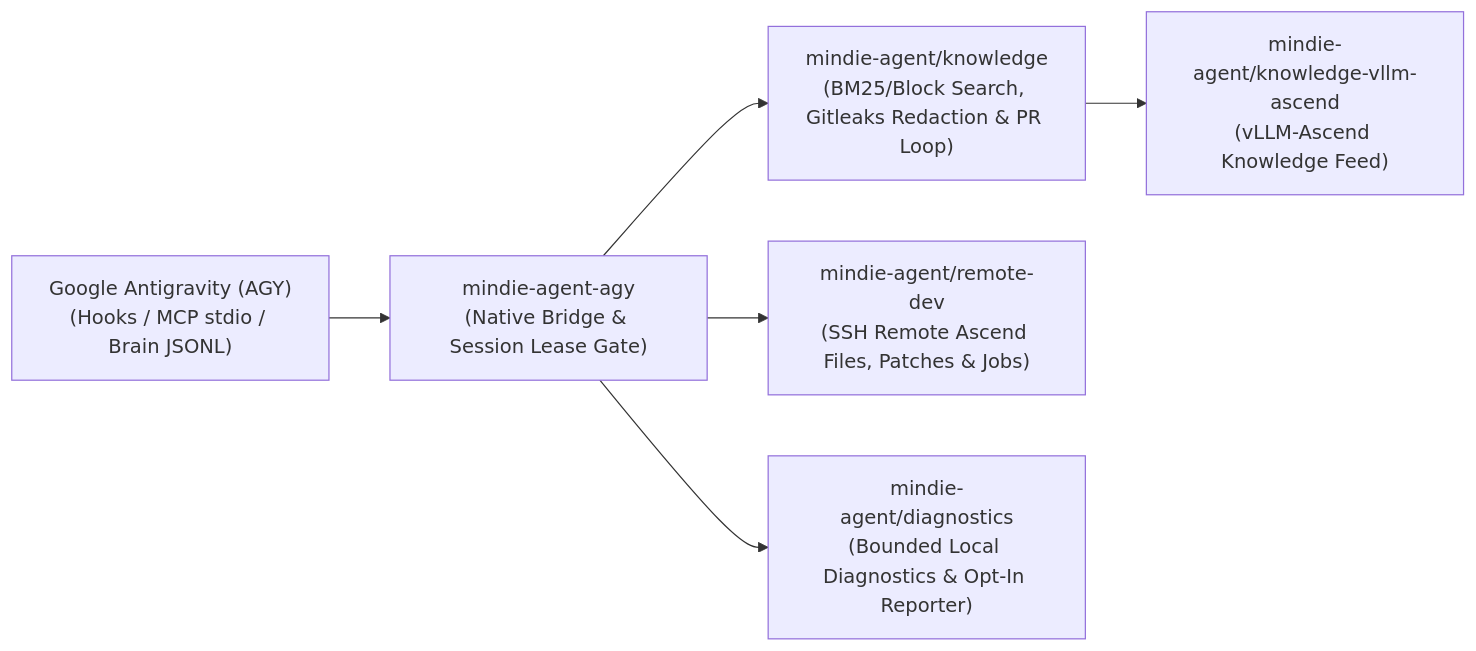
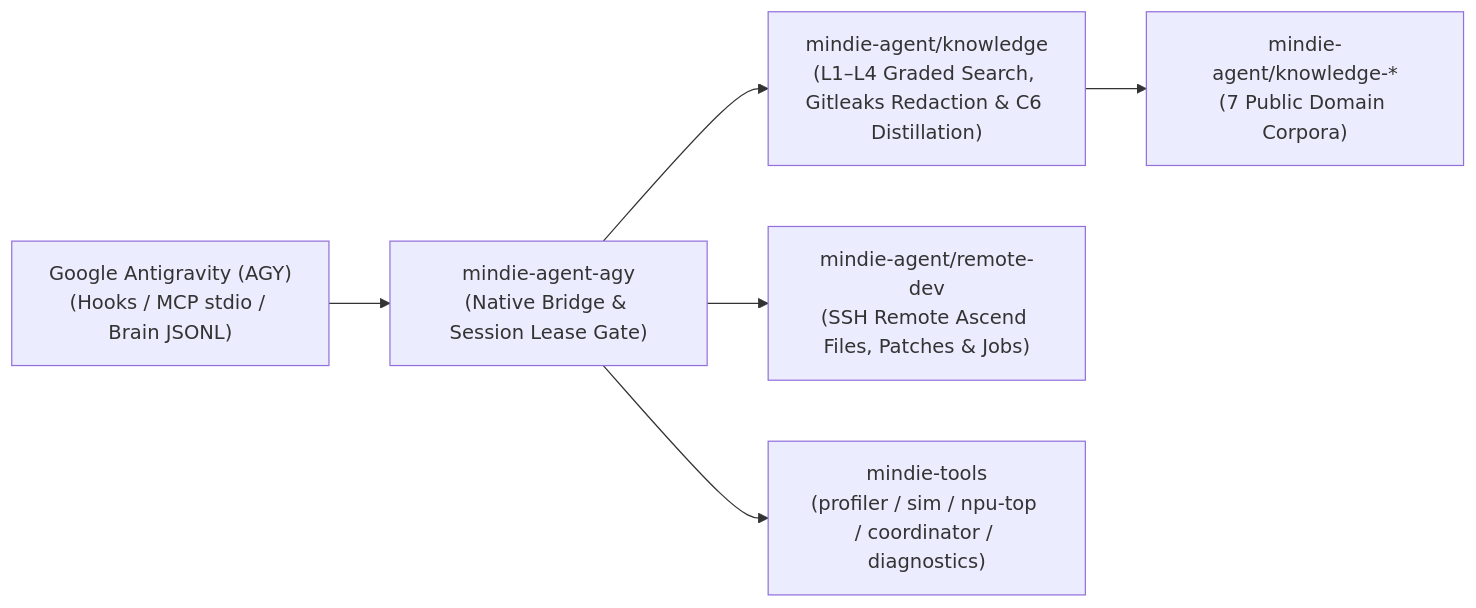
The diagram in README.en.md (mindie-agent/mindie-agent-agy), drawn with Mermaid before and after one commit. The commit also changed other lines of this file and 8 other files, not shown here.

Commit message:
feat(agy): sync 7 runtime component versions, wire npu_top & AGY_CONVERSATION_ID, and enforce agent-only install

````diff
--- a/README.en.md
+++ b/README.en.md
@@ -162,8 +148,8 @@
 ```mermaid
 flowchart LR
   AGY["Google Antigravity (AGY)<br/>(Hooks / MCP stdio / Brain JSONL)"] --> Entry["mindie-agent-agy<br/>(Native Bridge & Session Lease Gate)"]
-  Entry --> Knowledge["mindie-agent/knowledge<br/>(BM25/Block Search, Gitleaks Redaction & PR Loop)"]
-  Knowledge --> Feed["mindie-agent/knowledge-vllm-ascend<br/>(vLLM-Ascend Knowledge Feed)"]
+  Entry --> Knowledge["mindie-agent/knowledge<br/>(L1–L4 Graded Search, Gitleaks Redaction & C6 Distillation)"]
+  Knowledge --> Feed["mindie-agent/knowledge-*<br/>(7 Public Domain Corpora)"]
   Entry --> RemoteDev["mindie-agent/remote-dev<br/>(SSH Remote Ascend Files, Patches & Jobs)"]
-  Entry --> Diagnostics["mindie-agent/diagnostics<br/>(Bounded Local Diagnostics & Opt-In Reporter)"]
+  Entry --> Tools["mindie-tools<br/>(profiler / sim / npu-top / coordinator / diagnostics)"]
 ```
````
